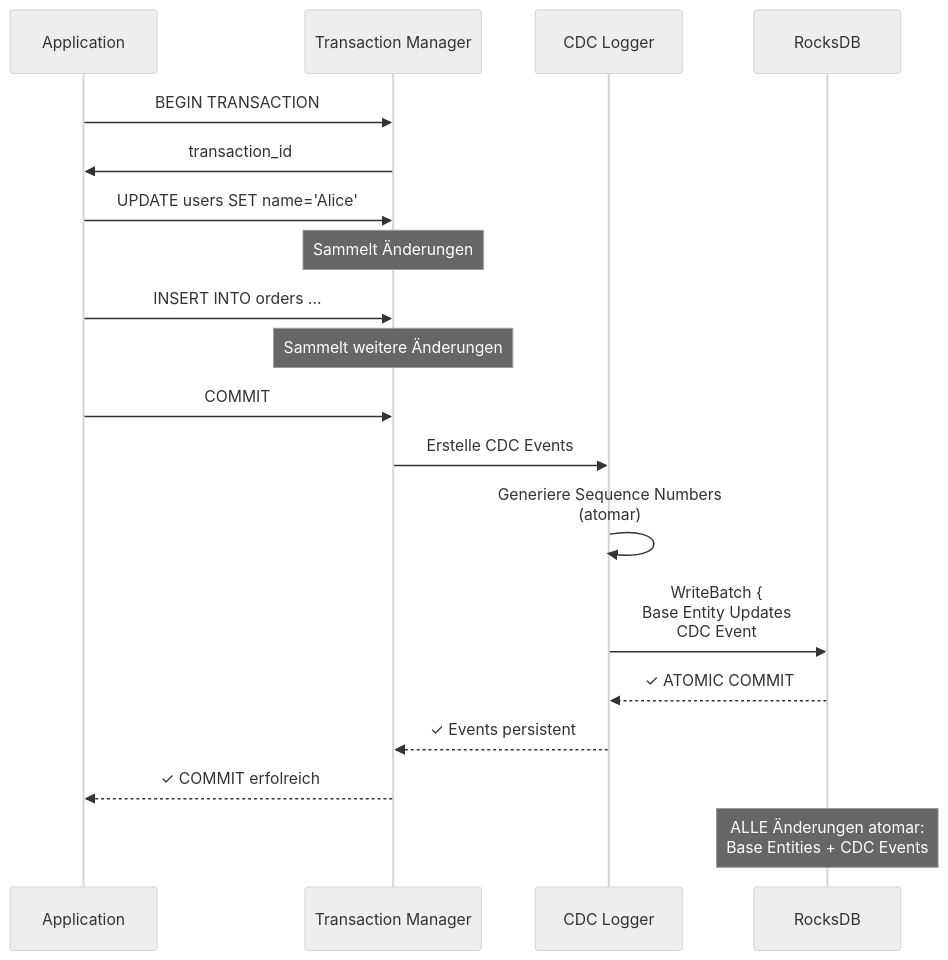
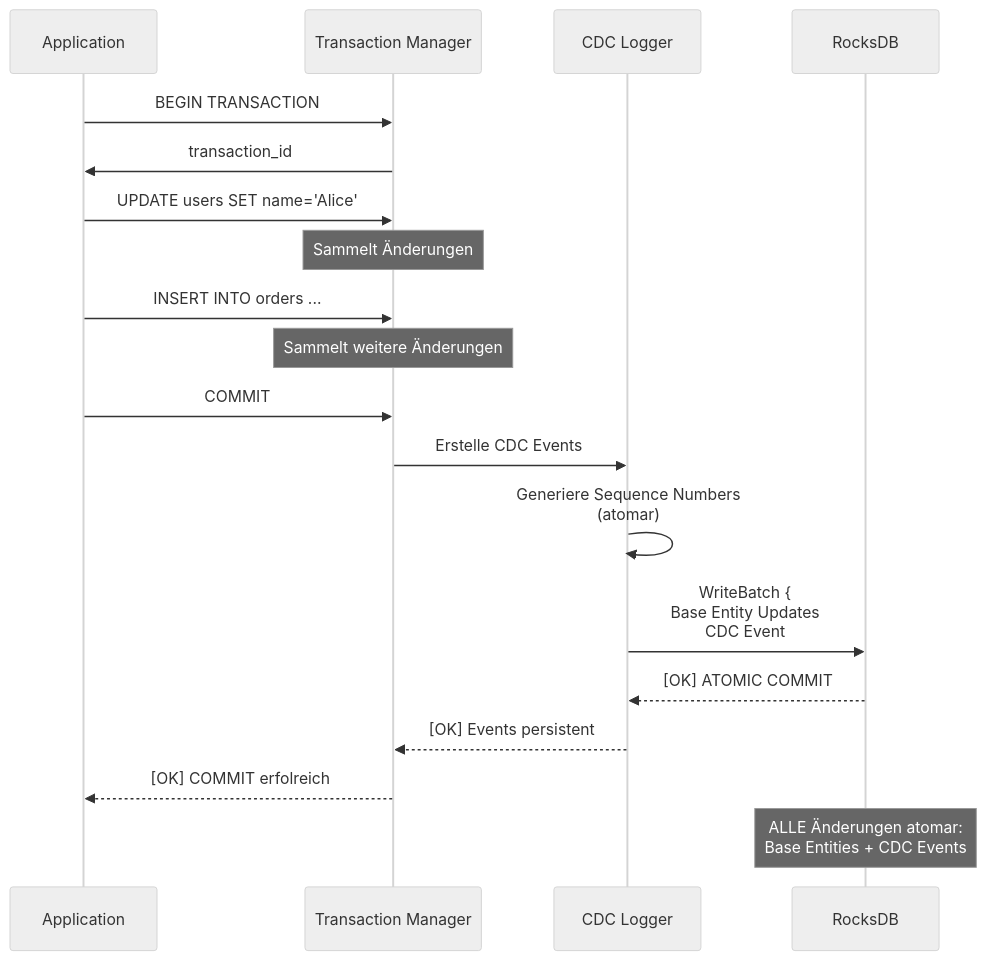
Before and after one commit to makr-code/ThemisDB: the second of 2 diagrams in compendium/chapter_11_realtime.md, drawn with Mermaid (neutral theme). The commit also changed 19 other files, not shown here.

First line of the commit message:
Refactor Mermaid syntax and improve documentation consistency across chapters

````diff
--- a/compendium/chapter_11_realtime.md
+++ b/compendium/chapter_11_realtime.md
@@ -105,29 +105,29 @@
 ```mermaid
 sequenceDiagram
     participant App as Application
     participant TM as Transaction Manager
     participant CDC as CDC Logger
     participant RDB as RocksDB
     
     App->>TM: BEGIN TRANSACTION
     TM->>App: transaction_id
     
     App->>TM: UPDATE users SET name='Alice'
     Note over TM: Sammelt Änderungen
     
     App->>TM: INSERT INTO orders ...
     Note over TM: Sammelt weitere Änderungen
     
     App->>TM: COMMIT
     
     TM->>CDC: Erstelle CDC Events
     CDC->>CDC: Generiere Sequence Numbers<br/>(atomar)
     
     CDC->>RDB: WriteBatch {<br/>  Base Entity Updates<br/>  CDC Event #42<br/>  CDC Event #43<br/>}
     
-    RDB-->>CDC: ✓ ATOMIC COMMIT
-    CDC-->>TM: ✓ Events persistent
-    TM-->>App: ✓ COMMIT erfolreich
+    RDB-->>CDC: [OK] ATOMIC COMMIT
+    CDC-->>TM: [OK] Events persistent
+    TM-->>App: [OK] COMMIT erfolreich
     
     Note over RDB: ALLE Änderungen atomar:<br/>Base Entities + CDC Events
 ```
````
